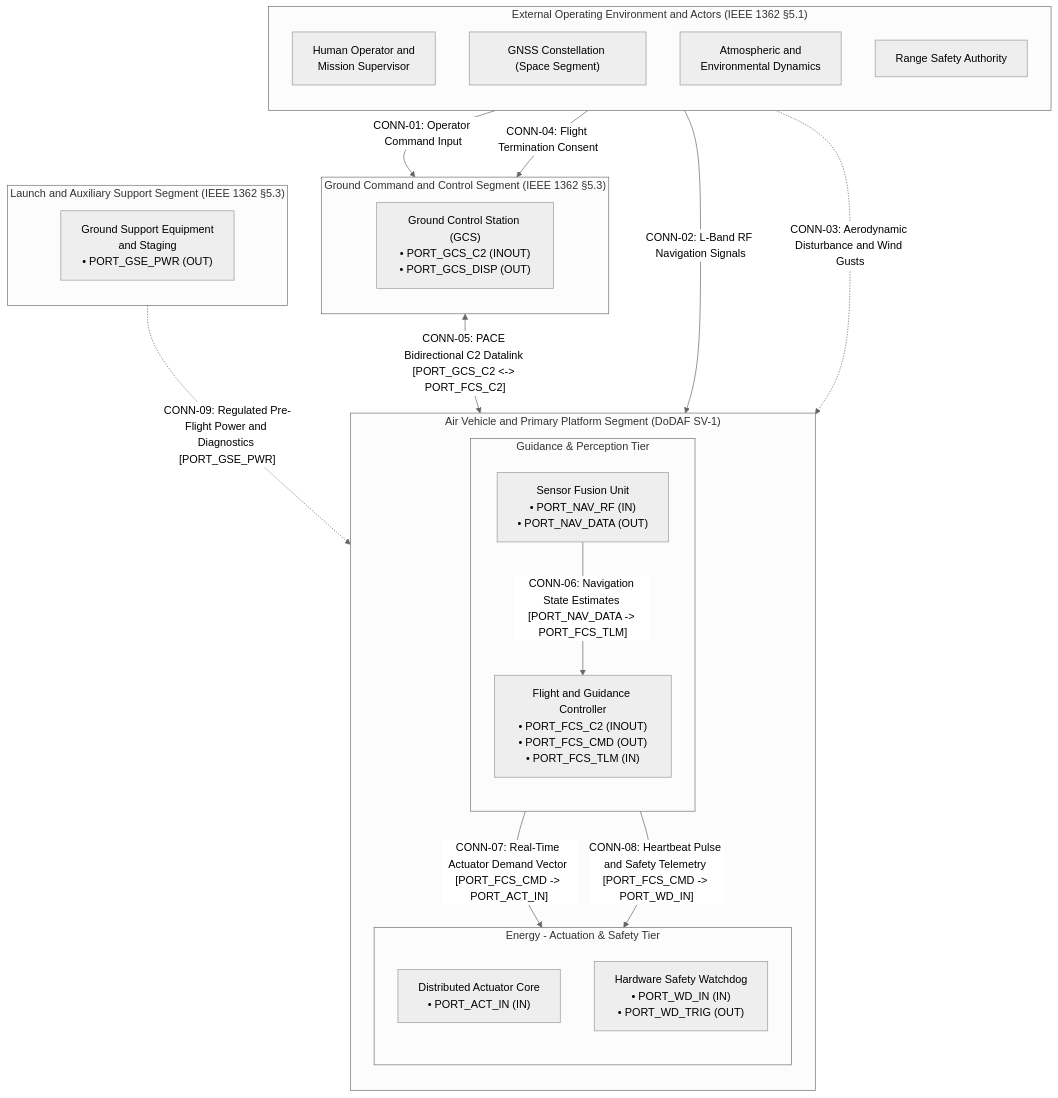
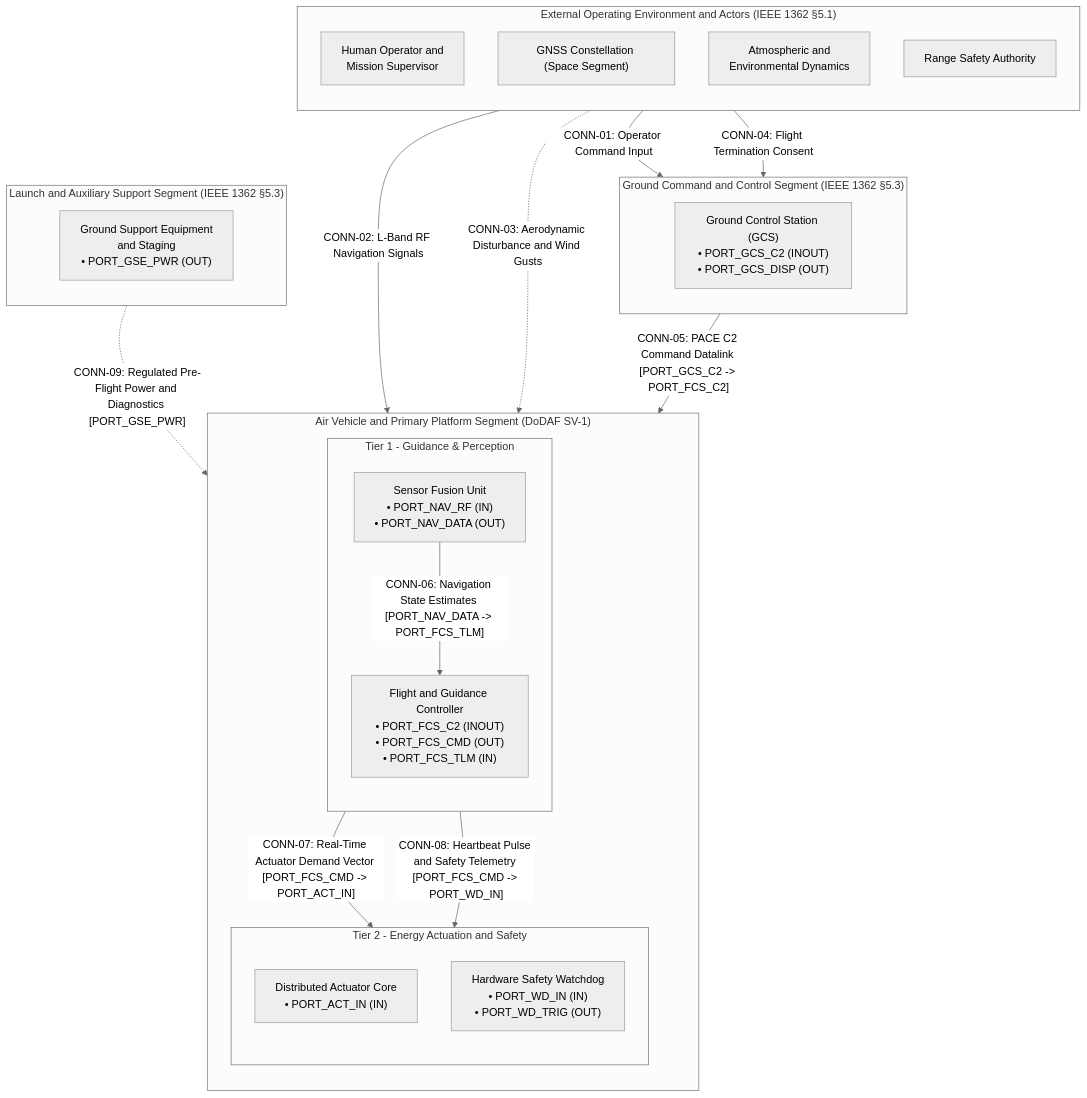
One commit to gintatkinson/DEAP-avionic-flight-safety changed the first of 4 diagrams in skills/spec-conops-engineering/SKILL.md. Above: the diagram before and after it, drawn with Mermaid (neutral theme). The commit also changed other lines of this file and 594 other files, not shown here.

Commit message:
chore(pipeline): propagate verified Section 5.5 initialization sequence and Antigravity governance (refs #387, refs #386, refs #385, refs #384, refs #383, refs #382, refs #381, refs #380, refs #379, refs #378, refs #372)

````diff
--- a/skills/spec-conops-engineering/SKILL.md
+++ b/skills/spec-conops-engineering/SKILL.md
@@ -268,48 +275,54 @@
 ```mermaid
 flowchart TD
     subgraph External_Actors["External Operating Environment and Actors (IEEE 1362 §5.1)"]
         direction TB
         Operator["Human Operator and<br/>Mission Supervisor"]
         GNSS_Space["GNSS Constellation (Space Segment)"]
         Environment["Atmospheric and<br/>Environmental Dynamics"]
         RangeSafety["Range Safety Authority"]
     end
 
     subgraph Ground_Segment["Ground Command and Control Segment (IEEE 1362 §5.3)"]
         direction TB
         GCS["Ground Control Station (GCS)<br/>• PORT_GCS_C2 (INOUT)<br/>• PORT_GCS_DISP (OUT)"]
     end
 
-    subgraph Platform_Segment["Air Vehicle and Primary Platform Segment (DoDAF SV-1)"]
+    subgraph Air_Vehicle_Segment["Air Vehicle and Primary Platform Segment (DoDAF SV-1)"]
         direction TB
-        subgraph Tier1_Processing["Guidance & Perception Tier"]
+        subgraph AV_Tier1["Tier 1 - Guidance & Perception"]
             direction TB
             FCS["Flight and Guidance Controller<br/>• PORT_FCS_C2 (INOUT)<br/>• PORT_FCS_CMD (OUT)<br/>• PORT_FCS_TLM (IN)"]
             NavSensors["Sensor Fusion Unit<br/>• PORT_NAV_RF (IN)<br/>• PORT_NAV_DATA (OUT)"]
         end
 
-        subgraph Tier2_Actuation["Energy - Actuation & Safety Tier"]
+        subgraph AV_Tier2["Tier 2 - Energy Actuation and Safety"]
             direction TB
             Actuators["Distributed Actuator Core<br/>• PORT_ACT_IN (IN)"]
             Watchdog["Hardware Safety Watchdog<br/>• PORT_WD_IN (IN)<br/>• PORT_WD_TRIG (OUT)"]
         end
+
+        AV_Tier1 ~~~ AV_Tier2
     end
 
     subgraph Support_Segment["Launch and Auxiliary Support Segment (IEEE 1362 §5.3)"]
         direction TB
         GSE["Ground Support Equipment<br/>and Staging<br/>• PORT_GSE_PWR (OUT)"]
     end
+
+    External_Actors ~~~ Ground_Segment
+    Ground_Segment ~~~ Air_Vehicle_Segment
+    Air_Vehicle_Segment ~~~ Support_Segment
 
     %% External Interface Connections
     Operator -->|"CONN-01: Operator Command Input"| GCS
     GNSS_Space -->|"CONN-02: L-Band RF Navigation Signals"| NavSensors
     Environment -.->|"CONN-03: Aerodynamic Disturbance and Wind Gusts"| Actuators
     RangeSafety -->|"CONN-04: Flight Termination Consent"| GCS
 
     %% Segment Inter-Connects (Item Flows)
-    GCS <-->|"CONN-05: PACE Bidirectional C2 Datalink [PORT_GCS_C2 <-> PORT_FCS_C2]"| FCS
+    GCS -->|"CONN-05: PACE C2 Command Datalink [PORT_GCS_C2 -> PORT_FCS_C2]"| FCS
     NavSensors -->|"CONN-06: Navigation State Estimates [PORT_NAV_DATA -> PORT_FCS_TLM]"| FCS
     FCS -->|"CONN-07: Real-Time Actuator Demand Vector [PORT_FCS_CMD -> PORT_ACT_IN]"| Actuators
     FCS -->|"CONN-08: Heartbeat Pulse and Safety Telemetry [PORT_FCS_CMD -> PORT_WD_IN]"| Watchdog
-    GSE -.->|"CONN-09: Regulated Pre-Flight Power and Diagnostics [PORT_GSE_PWR]"| Platform_Segment
+    GSE -.->|"CONN-09: Regulated Pre-Flight Power and Diagnostics [PORT_GSE_PWR]"| Air_Vehicle_Segment
 ```
````
